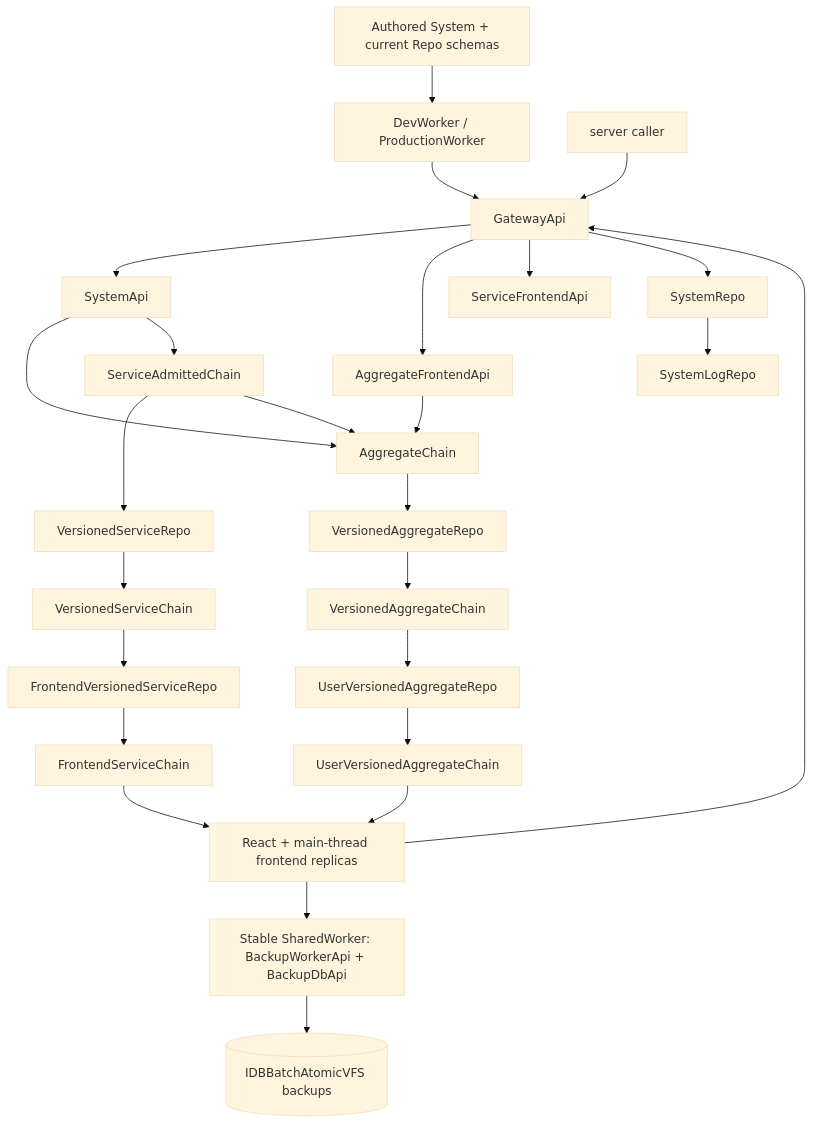
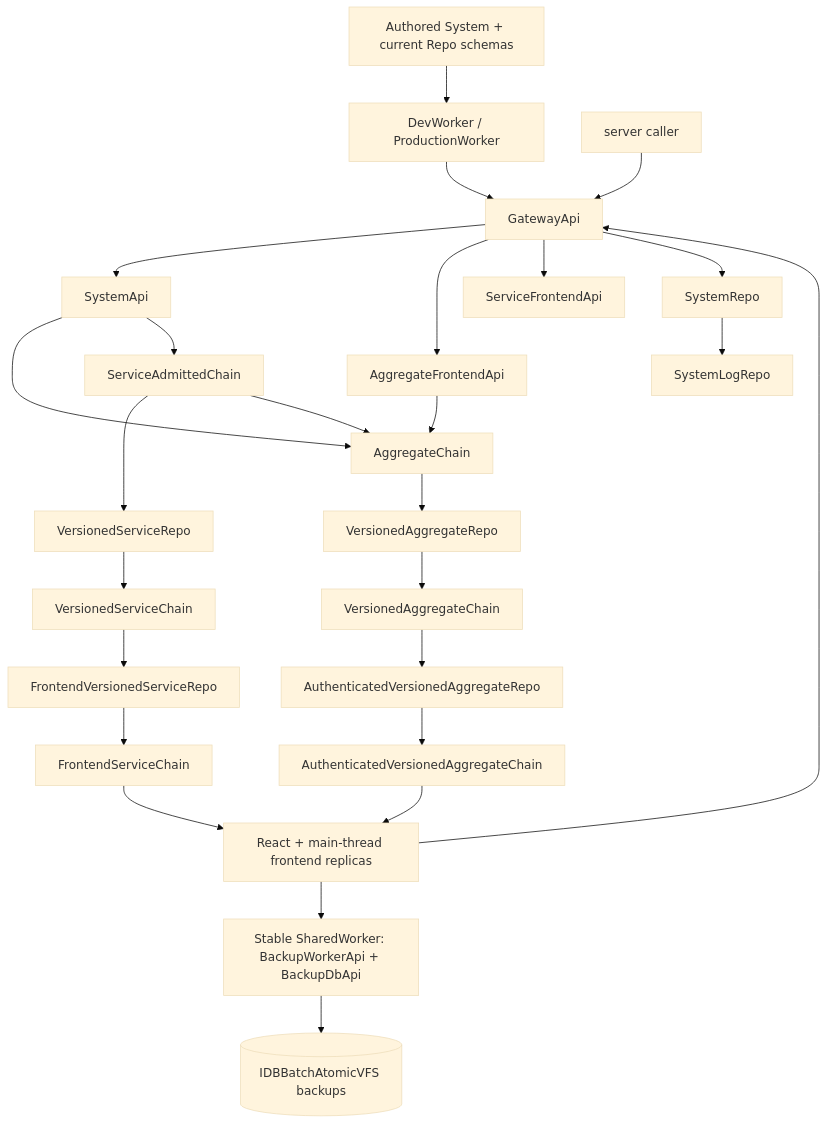
The diagram in wiki/overview.md (morgs32/qrk.sh), drawn with Mermaid (base theme) before and after one commit. The commit also changed other lines of this file and 404 other files, not shown here.

````diff
--- a/wiki/overview.md
+++ b/wiki/overview.md
@@ -18,32 +18,32 @@
 ```mermaid
 flowchart TB
   Source["Authored System + current Repo schemas"] --> Worker["DevWorker / ProductionWorker"]
   Browser["React + main-thread frontend replicas"] --> Gateway[GatewayApi]
   Browser --> BackupWorker["Stable SharedWorker: BackupWorkerApi + BackupDbApi"]
   BackupWorker --> IndexedDB[(IDBBatchAtomicVFS backups)]
   Operator["server caller"] --> Gateway
   Worker --> Gateway
   Gateway --> SystemApi
   Gateway --> AggregateFrontendApi
   Gateway --> ServiceFrontendApi
 
   SystemApi --> AggregateChain
   SystemApi --> ServiceAdmittedChain
   AggregateFrontendApi --> AggregateChain
 
   AggregateChain --> VersionedAggregateRepo
   ServiceAdmittedChain --> VersionedServiceRepo
   ServiceAdmittedChain --> AggregateChain
   VersionedAggregateRepo --> VersionedAggregateChain
-  VersionedAggregateChain --> UserVersionedAggregateRepo
+  VersionedAggregateChain --> AuthenticatedVersionedAggregateRepo
   VersionedServiceRepo --> VersionedServiceChain
   VersionedServiceChain --> FrontendVersionedServiceRepo
 
-  UserVersionedAggregateRepo --> UserVersionedAggregateChain
+  AuthenticatedVersionedAggregateRepo --> AuthenticatedVersionedAggregateChain
   FrontendVersionedServiceRepo --> FrontendServiceChain
-  UserVersionedAggregateChain --> Browser
+  AuthenticatedVersionedAggregateChain --> Browser
   FrontendServiceChain --> Browser
 
   Gateway --> SystemRepo
   SystemRepo --> SystemLogRepo
 ```
````
